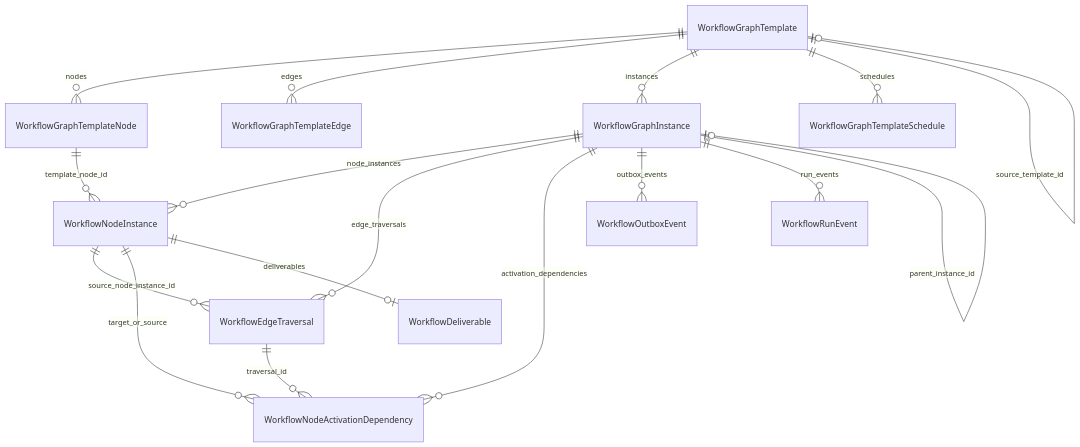
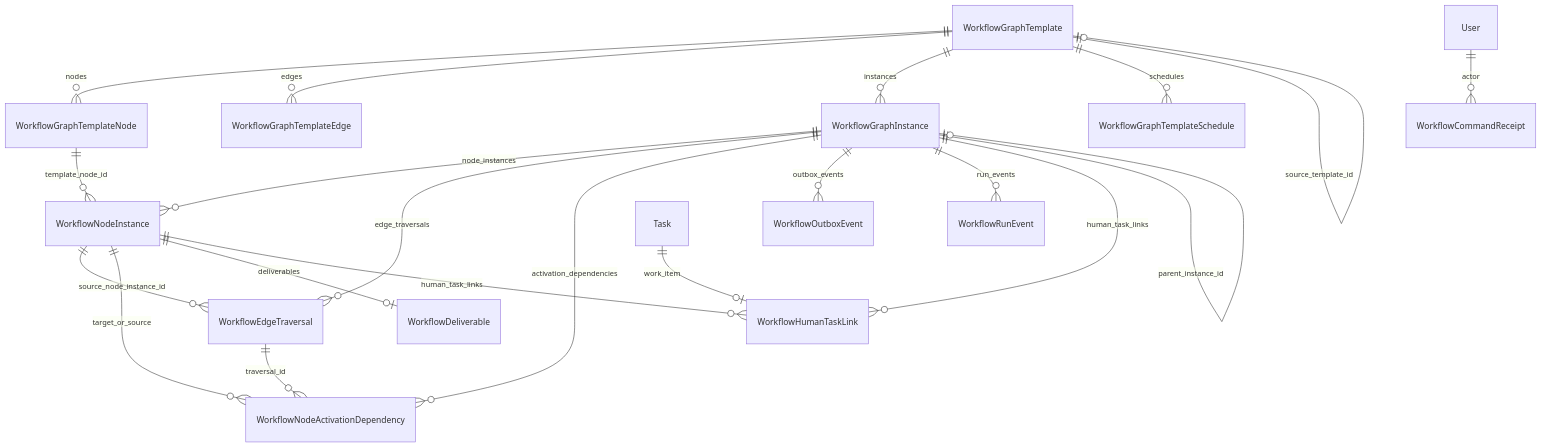
The first of 2 diagrams in memory-bank/knowledge/domains/workflow-graph-engine.md (Marz42/FilumReforge), drawn with Mermaid before and after one commit. The commit also changed other lines of this file and 21 other files, not shown here.

````diff
--- a/memory-bank/knowledge/domains/workflow-graph-engine.md
+++ b/memory-bank/knowledge/domains/workflow-graph-engine.md
@@ -60,21 +60,25 @@
 ```mermaid
 erDiagram
   WorkflowGraphTemplate ||--o{ WorkflowGraphTemplateNode : nodes
   WorkflowGraphTemplate ||--o{ WorkflowGraphTemplateEdge : edges
   WorkflowGraphTemplate ||--o{ WorkflowGraphInstance : instances
   WorkflowGraphTemplate ||--o{ WorkflowGraphTemplateSchedule : schedules
   WorkflowGraphTemplate ||--o| WorkflowGraphTemplate : source_template_id
 
   WorkflowGraphInstance ||--o{ WorkflowNodeInstance : node_instances
   WorkflowGraphInstance ||--o{ WorkflowEdgeTraversal : edge_traversals
   WorkflowGraphInstance ||--o{ WorkflowNodeActivationDependency : activation_dependencies
   WorkflowGraphInstance ||--o{ WorkflowOutboxEvent : outbox_events
   WorkflowGraphInstance ||--o{ WorkflowRunEvent : run_events
+  WorkflowGraphInstance ||--o{ WorkflowHumanTaskLink : human_task_links
   WorkflowGraphInstance ||--o| WorkflowGraphInstance : parent_instance_id
 
   WorkflowGraphTemplateNode ||--o{ WorkflowNodeInstance : template_node_id
   WorkflowNodeInstance ||--o{ WorkflowEdgeTraversal : source_node_instance_id
   WorkflowNodeInstance ||--o{ WorkflowNodeActivationDependency : target_or_source
   WorkflowEdgeTraversal ||--o{ WorkflowNodeActivationDependency : traversal_id
   WorkflowNodeInstance ||--o| WorkflowDeliverable : deliverables
+  WorkflowNodeInstance ||--o{ WorkflowHumanTaskLink : human_task_links
+  Task ||--o| WorkflowHumanTaskLink : work_item
+  User ||--o{ WorkflowCommandReceipt : actor
 ```
````
